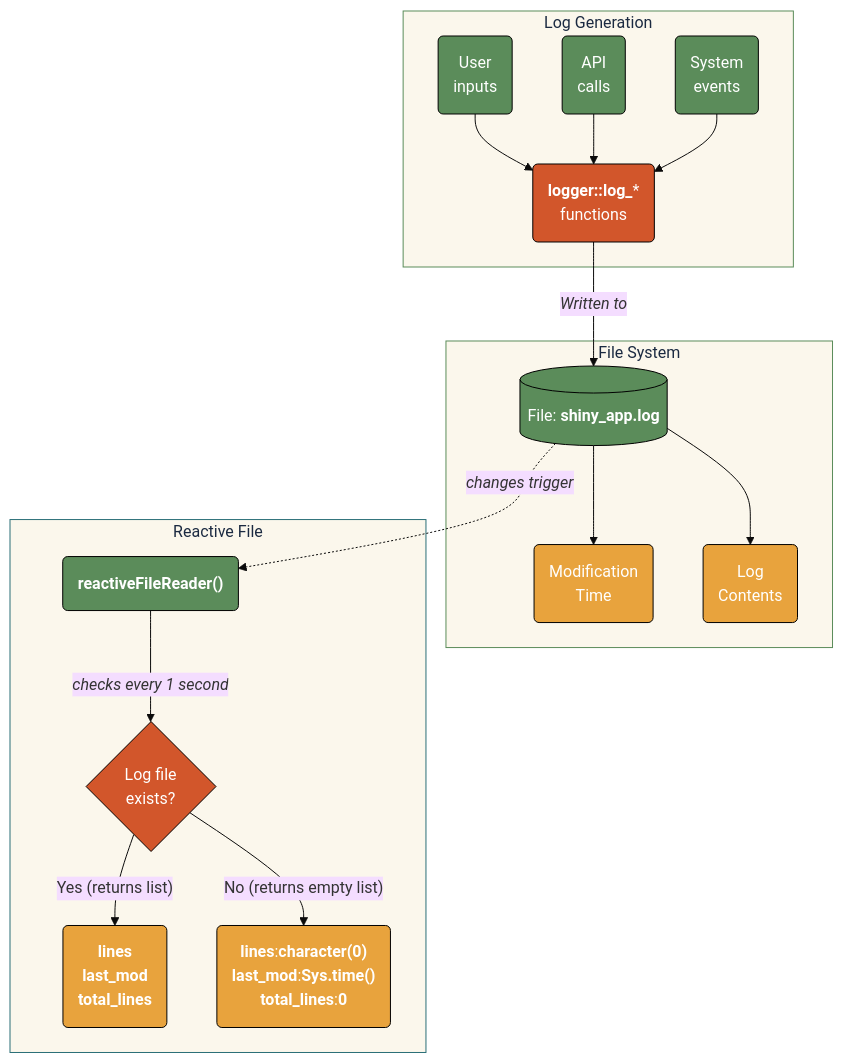
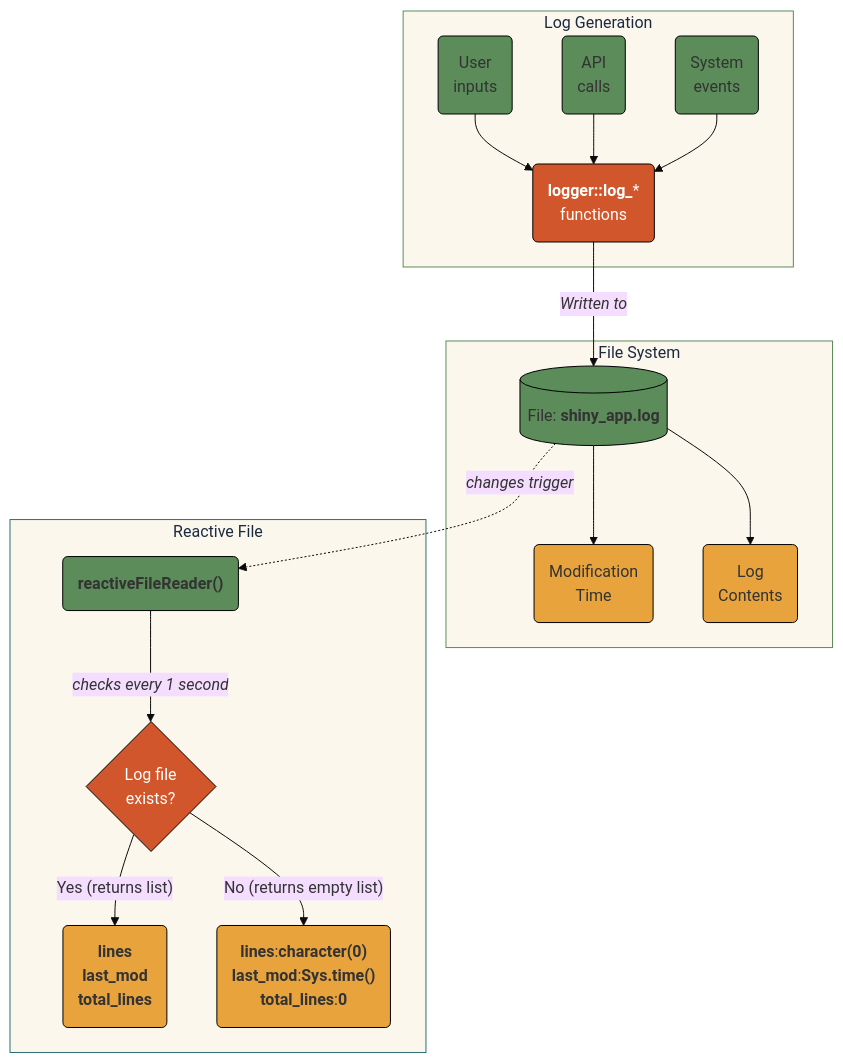
One commit to mjfrigaard/do4ds-labs changed the second of 3 diagrams in app-log-r.qmd. Above: the diagram before and after it, drawn with Mermaid. The commit also changed other lines of this file and 6 other files, not shown here.

Commit message:
Review lab04, app-log-py, app-log-r: fact fixes, real log output, diagram text, README API path

````diff
--- a/app-log-r.qmd
+++ b/app-log-r.qmd
@@ -567,53 +575,53 @@
 ```{mermaid}
 %%| fig-cap: 'Logging in Server'
 %%| fig-align: 'center'
 %%| fig-width: 7.0
 %%{init: {'theme': 'base', 'look': 'classic', 'themeVariables': {'fontFamily': 'monospace'}}}%%
 
 flowchart TD
 	 subgraph User["Log Generation"]
 		Q("User<br>inputs")
 		R("API<br>calls")
 		S("System<br>events")
 		T("<strong>logger::log_</strong>*<br>functions")
 	  end
 
     Q --> T
     R --> T
     S --> T
     T -- "<em>Written to</em>"--> A
 
 	 subgraph FileSys["File System"]
 		A[("File: <strong>shiny_app.log</strong>")]
 		A1("Modification<br>Time")
 		A2("Log<br>Contents")
 	 end
   
     A --> A1 & A2
     A -."<em>changes trigger</em>".-> B
 
 	subgraph ReactFile["Reactive File"]
 		B("<strong>reactiveFileReader() </strong>")
 		C{"Log file<br>exists?"}
 		D("<strong>lines<br>last_mod<br>total_lines</strong>")
 		E("<strong>lines</strong>:<strong>character(0)</strong><br><strong>last_mod</strong>:<strong>Sys.time()</strong><br><strong>total_lines</strong>:<strong>0</strong>")
 	end
     
     B --"<em>checks every 1 second</em>"--> C
     C -- Yes (returns list)--> D
     C -- No (returns empty list)--> E
 
     
     
-    classDef log fill:#5B8C5A,stroke:#000000,stroke-width:1px,color:#ffffff
+    classDef log fill:#5B8C5A,stroke:#000000,stroke-width:1px
     class A,B,Q,R,S log
 
-    classDef outcome fill:#E8A33D,stroke:#000000,stroke-width:1px,color:#ffffff
+    classDef outcome fill:#E8A33D,stroke:#000000,stroke-width:1px
     class D,E,A1,A2 outcome
     style T fill:#D2562B,stroke:#000000,stroke-width:1px,color:#ffffff
     style C fill:#D2562B,stroke:#000000,stroke-width:1px,color:#ffffff
     style User fill:#fbf7ec,stroke:#5B8C5A,color:#1B2A41
     style FileSys fill:#fbf7ec,stroke:#5B8C5A,color:#1B2A41
     style ReactFile fill:#fbf7ec,stroke:#2A6F77,color:#1B2A41
     
 ```
````
